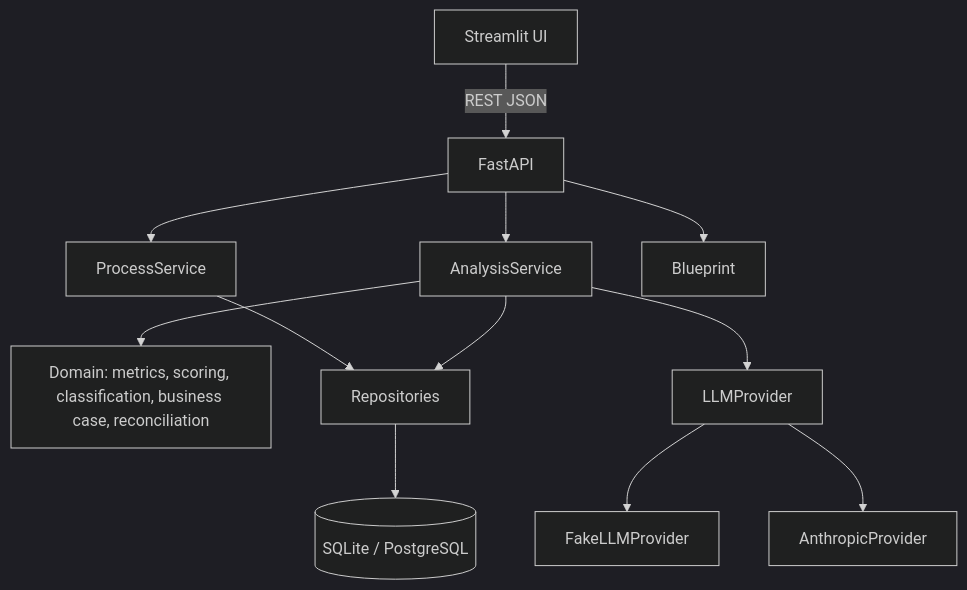
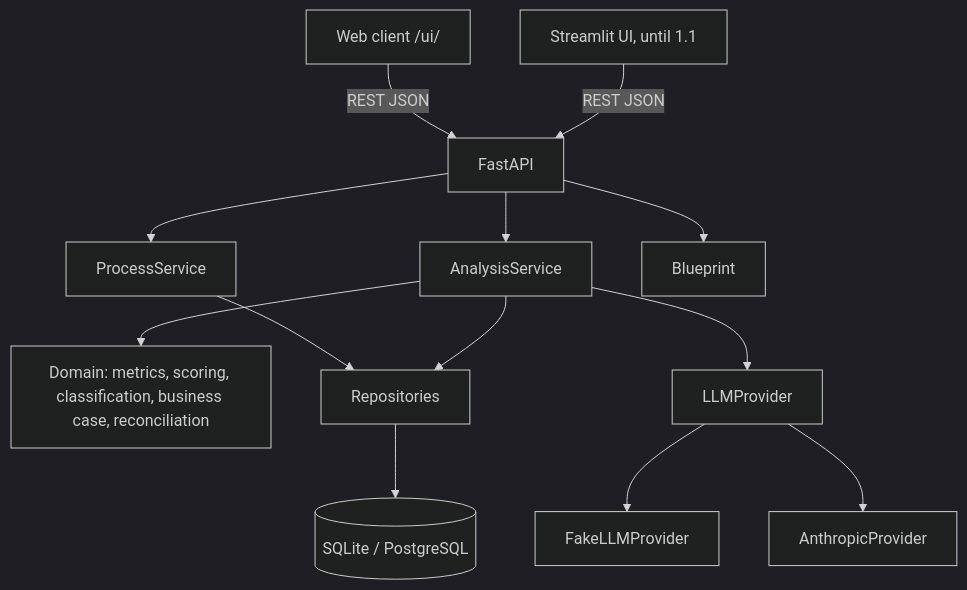
Before and after one commit to SebastianLazarte/ai-process-discovery: the first of 2 diagrams in README.md, drawn with Mermaid (dark theme). The commit also changed other lines of this file and 29 other files, not shown here.

First line of the commit message:
feat(web): vanilla web client served by FastAPI at /ui/

````diff
--- a/README.md
+++ b/README.md
@@ -35,14 +35,15 @@
 ```mermaid
 flowchart TB
-    UI[Streamlit UI] -->|REST JSON| API[FastAPI]
+    WEB[Web client /ui/] -->|REST JSON| API[FastAPI]
+    UI[Streamlit UI, until 1.1] -->|REST JSON| API
     API --> PS[ProcessService]
     API --> AS[AnalysisService]
     API --> BS[Blueprint]
     AS --> DOM[Domain: metrics, scoring, classification, business case, reconciliation]
     AS --> LLM[LLMProvider]
     LLM --> FAKE[FakeLLMProvider]
     LLM --> ANT[AnthropicProvider]
     PS --> REPO[Repositories]
     AS --> REPO
     REPO --> DB[(SQLite / PostgreSQL)]
 ```
````
